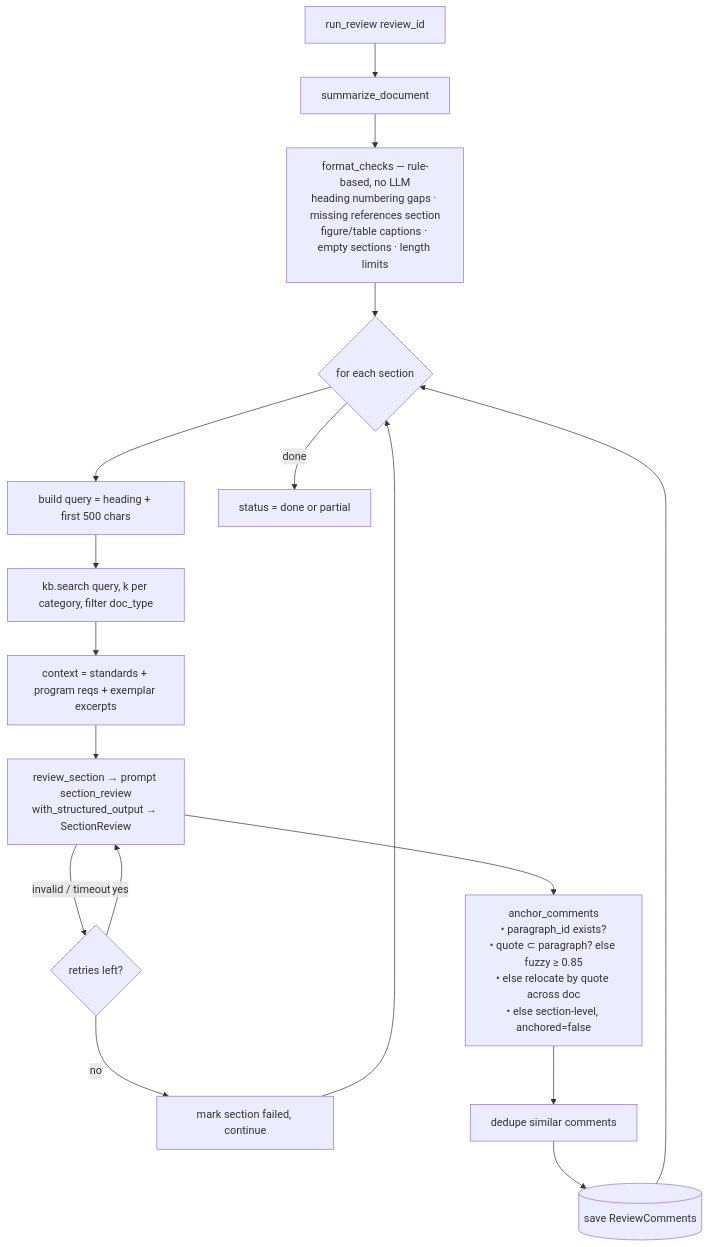
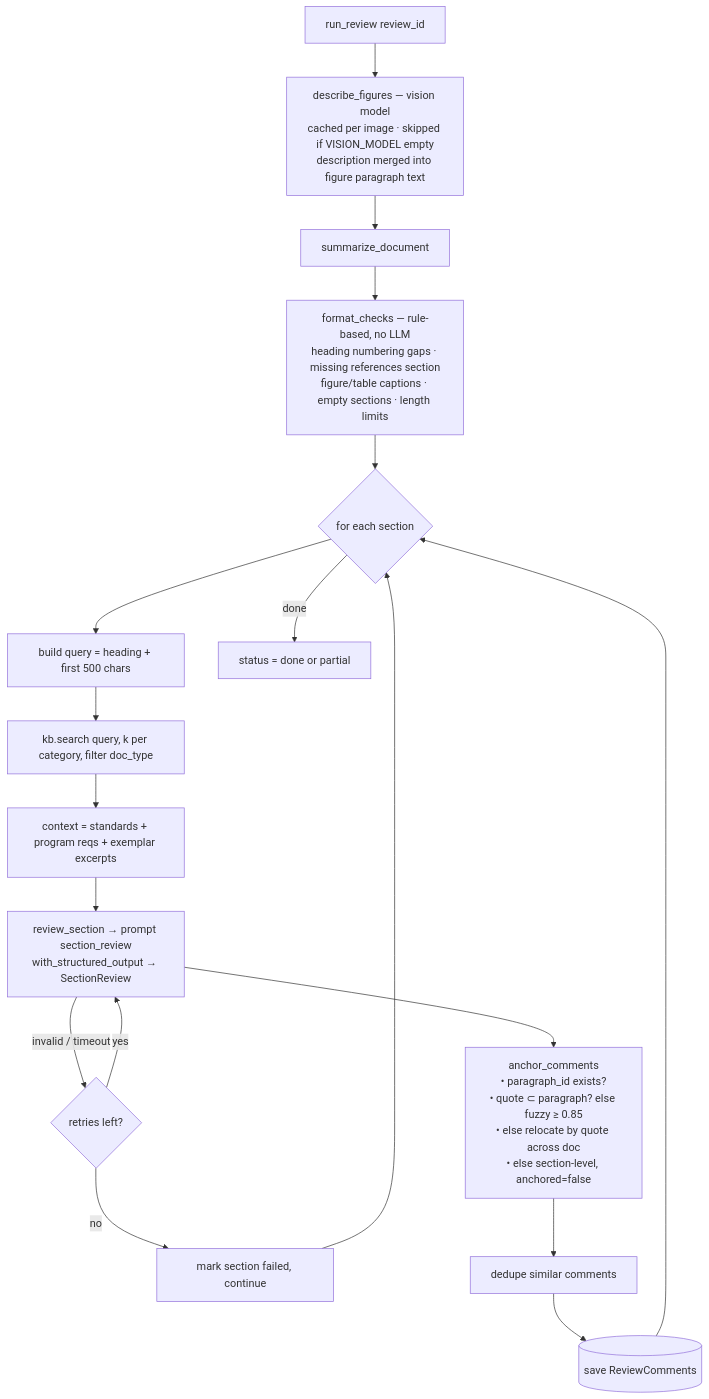
The fifth of 9 diagrams in architecture.md (hamza-prof/industry-mentor-llm-agent), drawn with Mermaid before and after one commit. The commit also changed other lines of this file and 22 other files, not shown here.

First line of the commit message:
Phase 1: document parsing, figures and upload API

````diff
--- a/architecture.md
+++ b/architecture.md
@@ -158,19 +167,20 @@
 ```mermaid
 flowchart TB
-    Start[run_review review_id] --> Sum[summarize_document]
+    Start[run_review review_id] --> Fig[describe_figures — vision model<br/>cached per image · skipped if VISION_MODEL empty<br/>description merged into figure paragraph text]
+    Fig --> Sum[summarize_document]
     Sum --> FC[format_checks — rule-based, no LLM<br/>heading numbering gaps · missing references section<br/>figure/table captions · empty sections · length limits]
     FC --> Loop{for each section}
     Loop --> Q[build query = heading + first 500 chars]
     Q --> KB[kb.search query, k per category, filter doc_type]
     KB --> Ctx[context = standards + program reqs + exemplar excerpts]
     Ctx --> LLMc[review_section → prompt section_review<br/>with_structured_output → SectionReview]
     LLMc -->|invalid / timeout| Retry{retries left?}
     Retry -->|yes| LLMc
     Retry -->|no| Fail[mark section failed, continue]
     LLMc --> Anc[anchor_comments<br/>• paragraph_id exists?<br/>• quote ⊂ paragraph? else fuzzy ≥ 0.85<br/>• else relocate by quote across doc<br/>• else section-level, anchored=false]
     Anc --> Dedup[dedupe similar comments]
     Dedup --> Save[(save ReviewComments)]
     Fail --> Loop
     Save --> Loop
     Loop -->|done| Status[status = done or partial]
 ```
````
